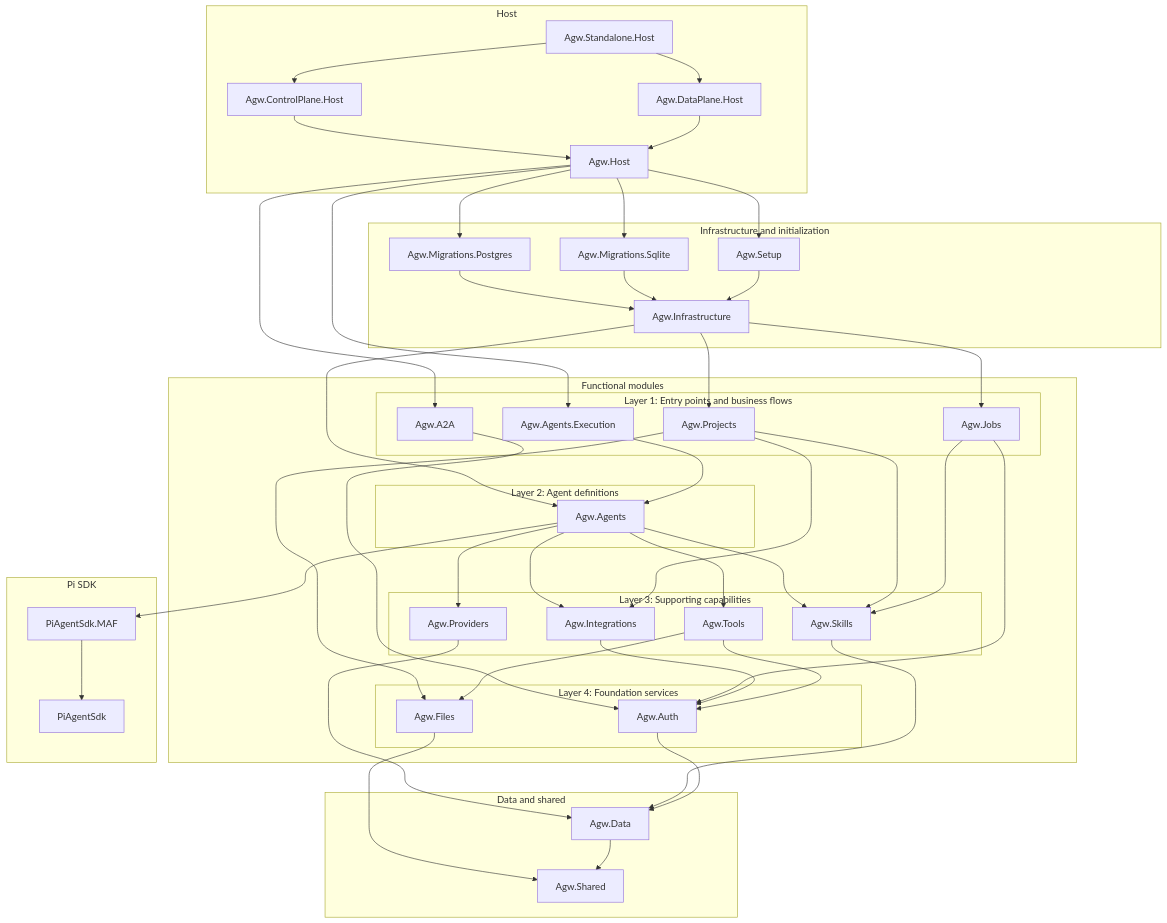
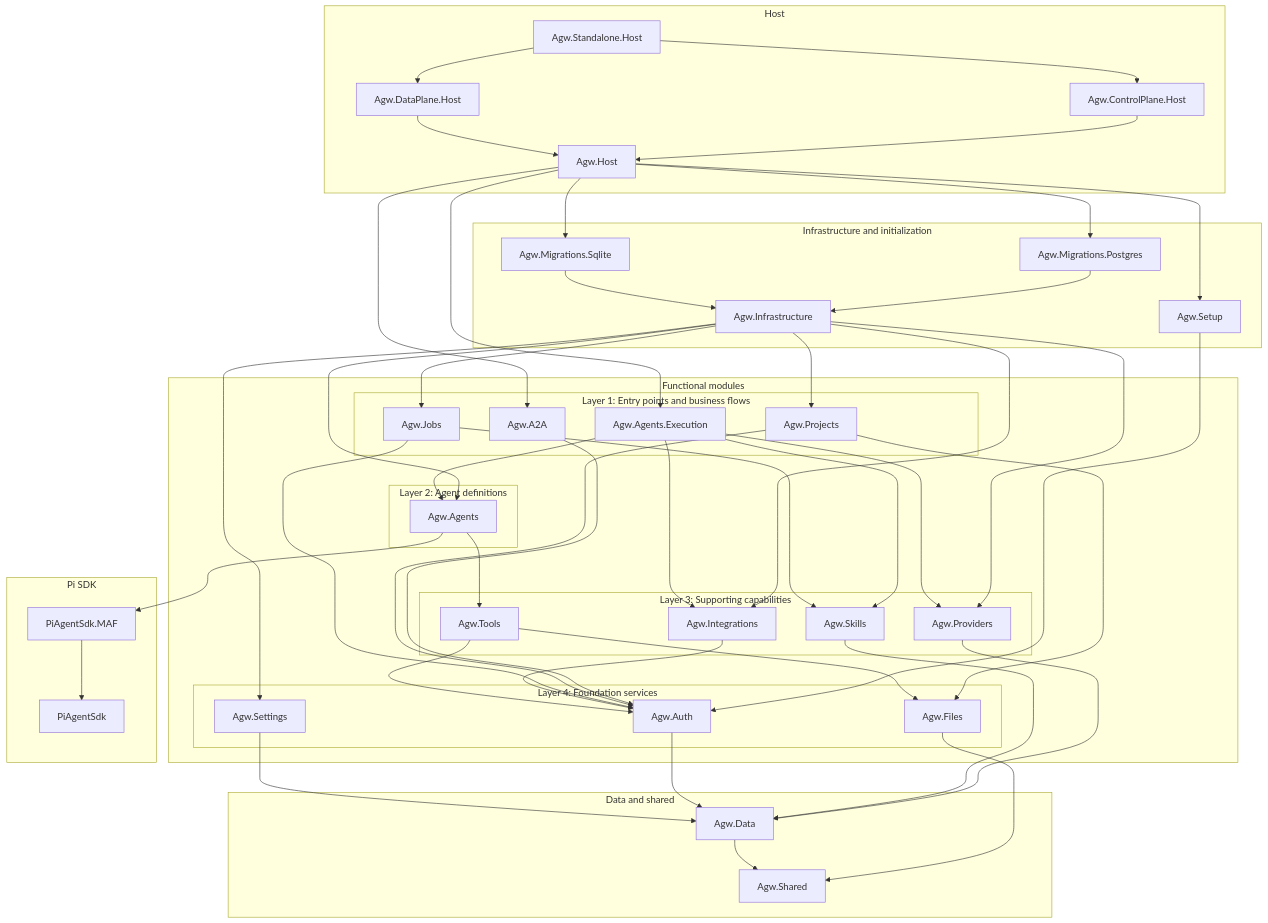
Before and after one commit to zxyao145/agw: the third of 3 diagrams in README.md, drawn with Mermaid. The commit also changed other lines of this file and 1 other file, not shown here.

Commit message:
Update README.zh-CN.md to enhance clarity and detail on Agw features, usage scenarios, and installation instructions

````diff
--- a/README.md
+++ b/README.md
@@ -307,75 +303,77 @@
 ```mermaid
 flowchart TB
     subgraph hosts["Host"]
         agwStandaloneHost["Agw.Standalone.Host"]
         agwControlPlaneHost["Agw.ControlPlane.Host"]
         agwDataPlaneHost["Agw.DataPlane.Host"]
         agwHost["Agw.Host"]
     end
 
     subgraph persistence["Infrastructure and initialization"]
         agwInfrastructure["Agw.Infrastructure"]
         agwMigrationsPostgres["Agw.Migrations.Postgres"]
         agwMigrationsSqlite["Agw.Migrations.Sqlite"]
         agwSetup["Agw.Setup"]
     end
 
     subgraph modules["Functional modules"]
         subgraph entryLayer["Layer 1: Entry points and business flows"]
             agwA2A["Agw.A2A"]
             agwAgentsExecution["Agw.Agents.Execution"]
             agwProjects["Agw.Projects"]
             agwJobs["Agw.Jobs"]
         end
 
         subgraph definitionLayer["Layer 2: Agent definitions"]
             agwAgents["Agw.Agents"]
         end
 
         subgraph capabilityLayer["Layer 3: Supporting capabilities"]
             agwIntegrations["Agw.Integrations"]
             agwProviders["Agw.Providers"]
             agwTools["Agw.Tools"]
             agwSkills["Agw.Skills"]
         end
 
         subgraph serviceLayer["Layer 4: Foundation services"]
             agwAuth["Agw.Auth"]
             agwFiles["Agw.Files"]
+            agwSettings["Agw.Settings"]
         end
     end
 
     subgraph foundation["Data and shared"]
         agwData["Agw.Data"]
         agwShared["Agw.Shared"]
     end
 
     subgraph sdk["Pi SDK"]
         piAgentSdkMAF["PiAgentSdk.MAF"]
         piAgentSdk["PiAgentSdk"]
     end
 
     agwStandaloneHost --> agwControlPlaneHost & agwDataPlaneHost
     agwControlPlaneHost --> agwHost
     agwDataPlaneHost --> agwHost
-    agwHost --> agwMigrationsPostgres & agwMigrationsSqlite & agwSetup & agwAgentsExecution
-    agwHost --> agwA2A
-    agwInfrastructure --> agwAgents & agwProjects & agwJobs
+    agwHost --> agwMigrationsPostgres & agwMigrationsSqlite & agwSetup
+    agwHost --> agwA2A & agwAgentsExecution
     agwMigrationsPostgres --> agwInfrastructure
     agwMigrationsSqlite --> agwInfrastructure
-    agwSetup --> agwInfrastructure
-    agwAgentsExecution --> agwAgents
-    agwAgents --> agwIntegrations & agwProviders & agwTools & agwSkills
-    agwAgents --> piAgentSdkMAF
+    agwInfrastructure --> agwAgents & agwProjects & agwJobs
+    agwInfrastructure --> agwIntegrations & agwProviders & agwSettings
+    agwSetup --> agwAuth
     agwA2A --> agwAuth
-    agwProjects --> agwIntegrations & agwSkills & agwFiles
+    agwAgentsExecution --> agwAgents & agwIntegrations & agwProviders & agwSkills
+    agwProjects --> agwFiles & agwAuth
     agwJobs --> agwSkills & agwAuth
+    agwAgents --> agwTools & piAgentSdkMAF
     agwIntegrations --> agwAuth
     agwProviders --> agwData
     agwTools --> agwFiles & agwAuth
     agwSkills --> agwData
+    agwAuth --> agwData
+    agwSettings --> agwData
     agwFiles --> agwShared
-    agwAuth --> agwData
     agwData --> agwShared
     piAgentSdkMAF --> piAgentSdk
 ```
````
